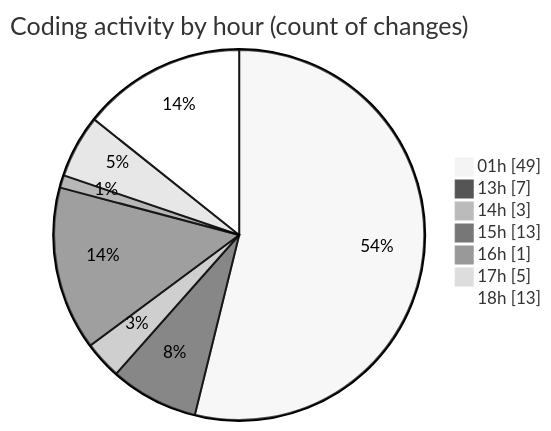
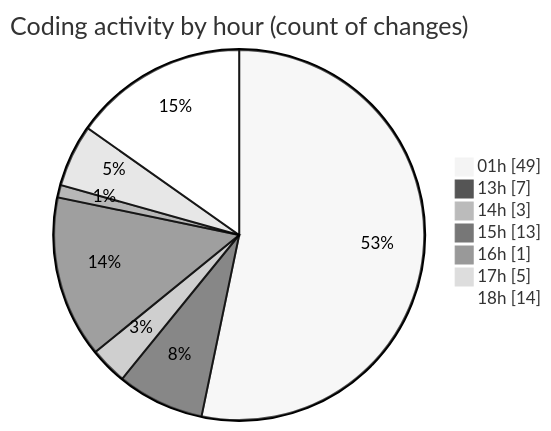
The second of 2 diagrams in 2025-09-02/quanlylink/README.md (lephambinh05/code-tracking), drawn with Mermaid (neutral theme) before and after one commit. The commit also changed other lines of this file and 1 other file, not shown here.

````diff
--- a/2025-09-02/quanlylink/README.md
+++ b/2025-09-02/quanlylink/README.md
@@ -63,11 +63,11 @@
 ```mermaid
 pie showData
 title Coding activity by hour (count of changes)
 "01h" : 49
 "13h" : 7
 "14h" : 3
 "15h" : 13
 "16h" : 1
 "17h" : 5
-"18h" : 13
+"18h" : 14
 ```
````
